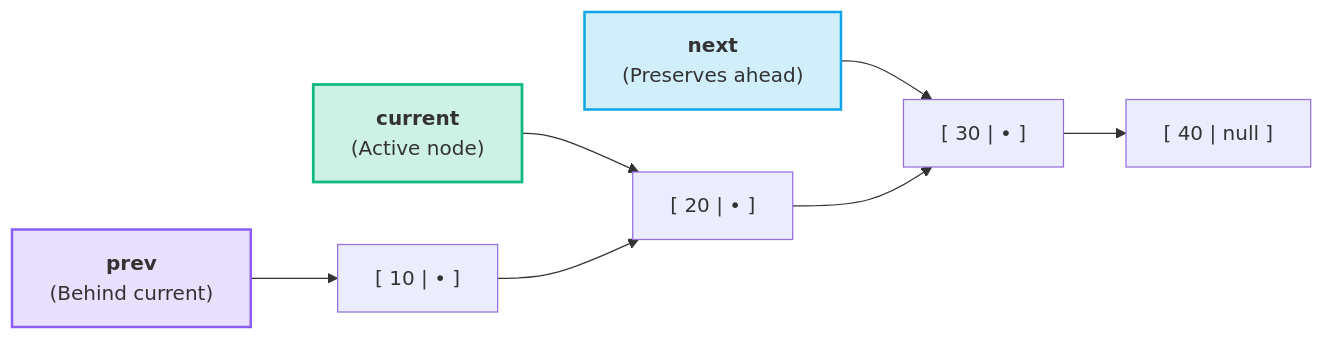
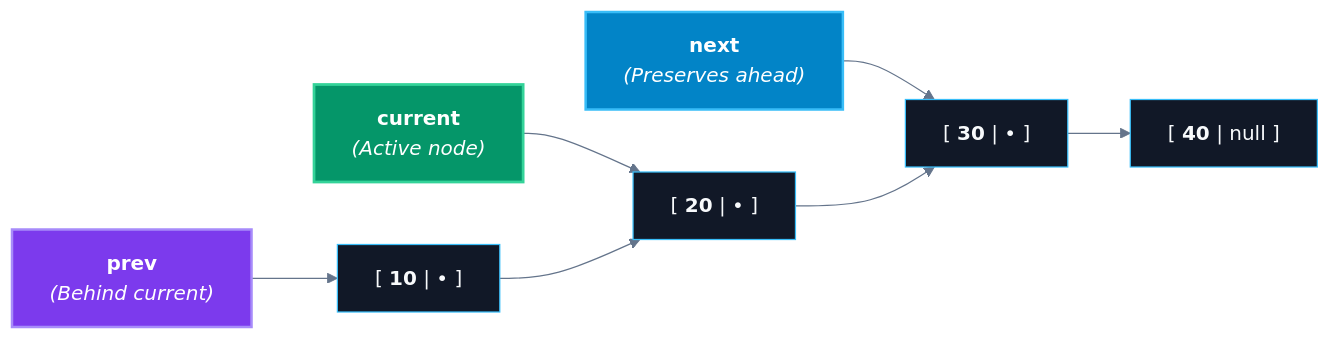
Before and after one commit to abhinavbharti2345/CS_Notes: diagram 11 of 11 in CS/DSA/03. Linked Lists/01. Linked List Fundamentals.md, drawn with Mermaid. The commit also changed other lines of this file and 195 other files, not shown here.

````diff
--- a/CS/DSA/03. Linked Lists/01. Linked List Fundamentals.md
+++ b/CS/DSA/03. Linked Lists/01. Linked List Fundamentals.md
@@ -397,14 +428,15 @@
 ```mermaid
+%%{init: {'theme': 'base', 'themeVariables': { 'darkMode': true, 'background': '#0B0F14', 'mainBkg': '#111827', 'primaryColor': '#111827', 'primaryTextColor': '#F8FAFC', 'primaryBorderColor': '#38BDF8', 'lineColor': '#64748B', 'secondaryColor': '#0B0F14', 'tertiaryColor': '#0B0F14', 'clusterBkg': '#0B0F14', 'clusterBorder': '#38BDF8' }}}%%
 flowchart LR
-    P["<b>prev</b><br/>(Behind current)"] --> N1["[ 10 | • ]"]
-    C["<b>current</b><br/>(Active node)"] --> N2["[ 20 | • ]"]
-    NX["<b>next</b><br/>(Preserves ahead)"] --> N3["[ 30 | • ]"]
-    N1 --> N2 --> N3 --> N4["[ 40 | null ]"]
+    P["<b>prev</b><br/><i>(Behind current)</i>"] --> N1["[ <b>10</b> | • ]"]
+    C["<b>current</b><br/><i>(Active node)</i>"] --> N2["[ <b>20</b> | • ]"]
+    NX["<b>next</b><br/><i>(Preserves ahead)</i>"] --> N3["[ <b>30</b> | • ]"]
+    N1 --> N2 --> N3 --> N4["[ <b>40</b> | null ]"]
 
-    classDef pBox fill:#8b5cf630,stroke:#8b5cf6,stroke-width:2px;
-    classDef cBox fill:#10b98135,stroke:#10b981,stroke-width:2.2px;
-    classDef nBox fill:#0ea5e930,stroke:#0ea5e9,stroke-width:2px;
+    classDef pBox fill:#7c3aed,stroke:#a78bfa,stroke-width:2px,color:#ffffff;
+    classDef cBox fill:#059669,stroke:#34d399,stroke-width:2.2px,color:#ffffff;
+    classDef nBox fill:#0284c7,stroke:#38bdf8,stroke-width:2px,color:#ffffff;
     class P pBox;
     class C cBox;
     class NX nBox;
 ```
````
